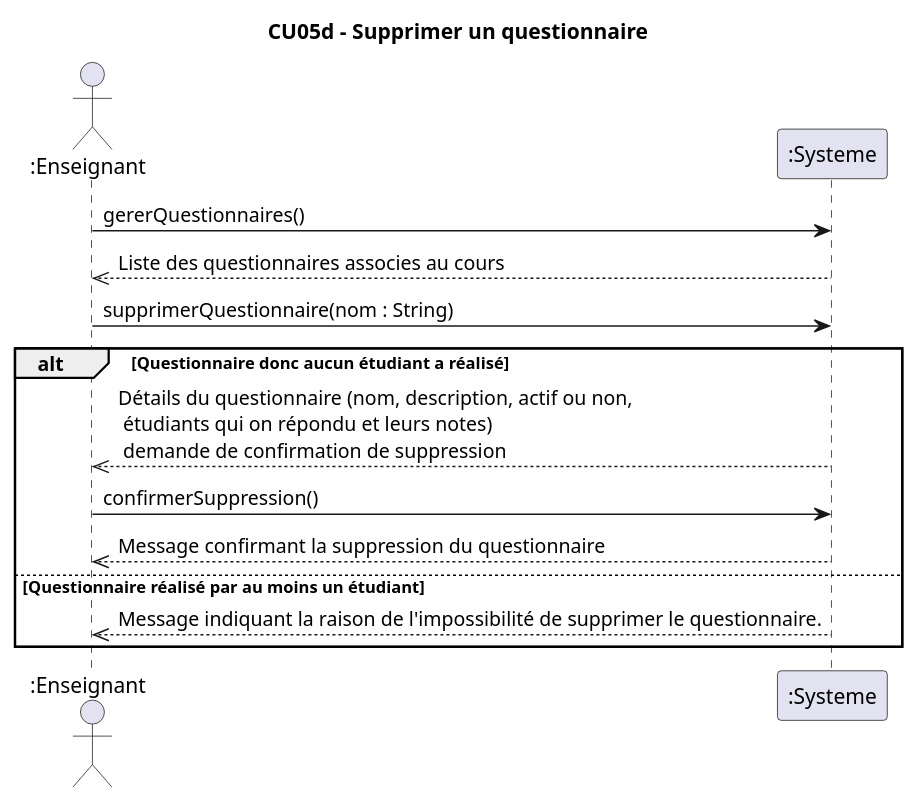
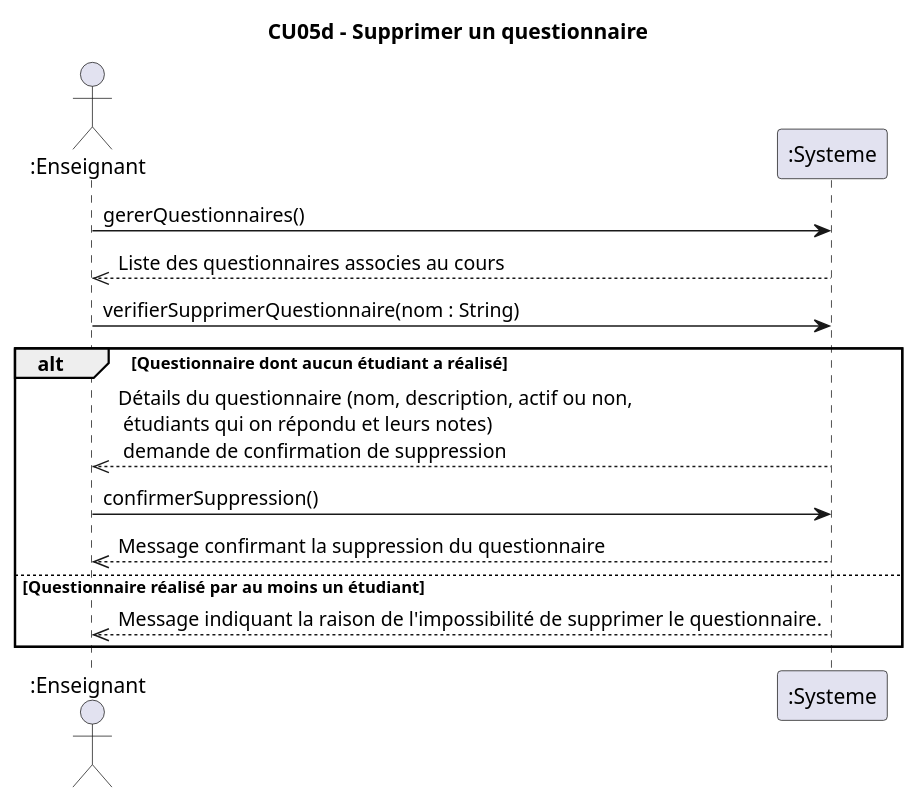
Before and after one commit to xMrYahya/moodle-clone: the diagram in docs/modeles/cu05/dss-supprimer-questionnaire.puml, drawn with PlantUML. The commit also changed 2 other files, not shown here.

Commit message:
corriger dss supprimer-questionnaire (changer nom de l'operation) + fini les rdcu pour CU05d

```diff
--- a/docs/modeles/cu05/dss-supprimer-questionnaire.puml
+++ b/docs/modeles/cu05/dss-supprimer-questionnaire.puml
@@ -1,15 +1,15 @@
 @startuml
 title CU05d - Supprimer un questionnaire
 actor ":Enseignant" as e
 participant ":Systeme" as s
 e->s : gererQuestionnaires()
 s-->>e : Liste des questionnaires associes au cours
-e->s : supprimerQuestionnaire(nom : String)
-alt Questionnaire donc aucun étudiant a réalisé
+e->s : verifierSupprimerQuestionnaire(nom : String)
+alt Questionnaire dont aucun étudiant a réalisé
 s-->>e : Détails du questionnaire (nom, description, actif ou non,\n étudiants qui on répondu et leurs notes)\n demande de confirmation de suppression
 e->s : confirmerSuppression()
 s-->>e : Message confirmant la suppression du questionnaire
 else Questionnaire réalisé par au moins un étudiant 
 s-->>e : Message indiquant la raison de l'impossibilité de supprimer le questionnaire.
 end alt
 @enduml
```
